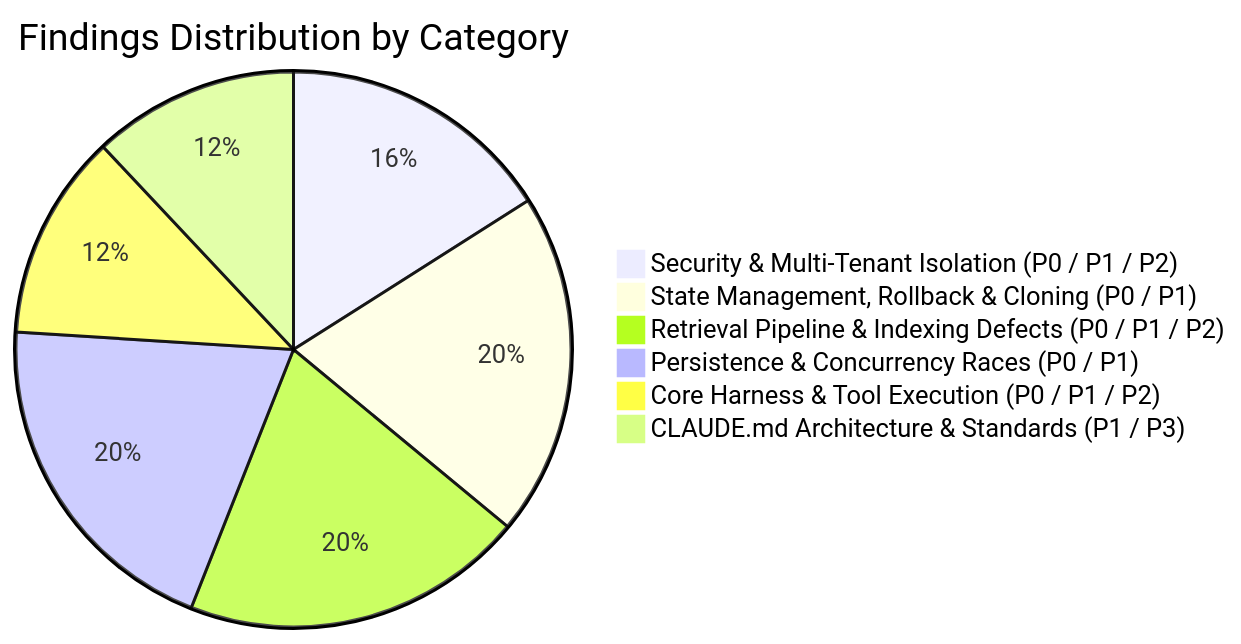
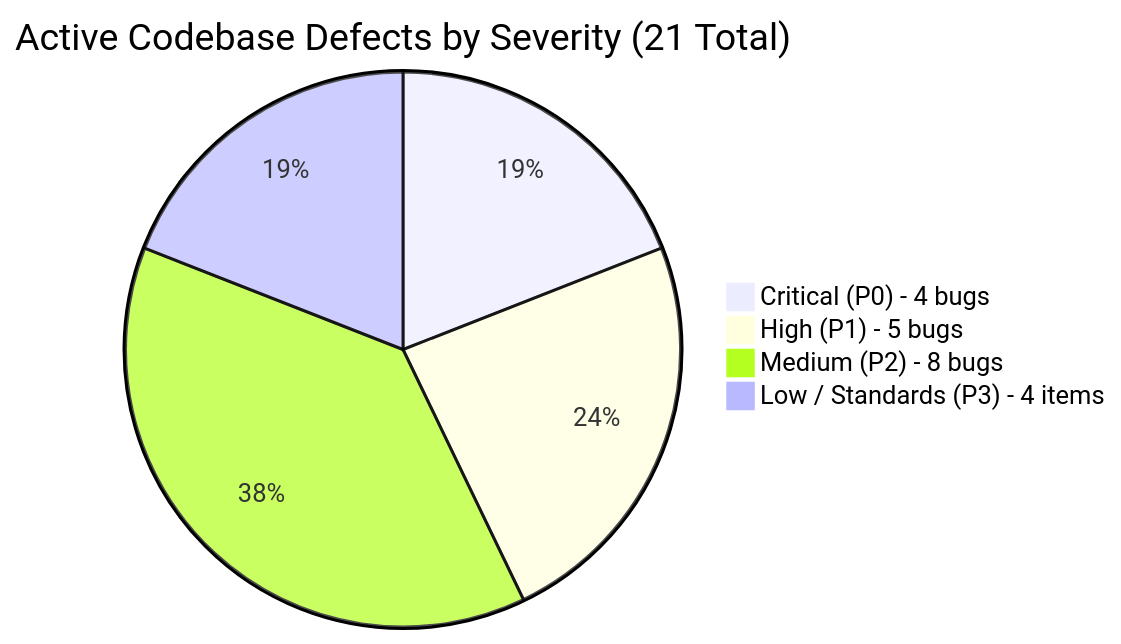
Before and after one commit to AryanSherigar/AI-DND: the diagram in docs/MEMORY_LAYER_CODEBASE_REVIEW.md, drawn with Mermaid. The commit also changed other lines of this file and 196 other files, not shown here.

````diff
--- a/docs/MEMORY_LAYER_CODEBASE_REVIEW.md
+++ b/docs/MEMORY_LAYER_CODEBASE_REVIEW.md
@@ -45,9 +42,7 @@
 ```mermaid
-pie title Findings Distribution by Category
-    "Security & Multi-Tenant Isolation (P0 / P1 / P2)" : 4
-    "State Management, Rollback & Cloning (P0 / P1)" : 5
-    "Retrieval Pipeline & Indexing Defects (P0 / P1 / P2)" : 5
-    "Persistence & Concurrency Races (P0 / P1)" : 5
-    "Core Harness & Tool Execution (P0 / P1 / P2)" : 3
-    "CLAUDE.md Architecture & Standards (P1 / P3)" : 3
+pie title Active Codebase Defects by Severity (21 Total)
+    "Critical (P0) - 4 bugs" : 4
+    "High (P1) - 5 bugs" : 5
+    "Medium (P2) - 8 bugs" : 8
+    "Low / Standards (P3) - 4 items" : 4
 ```
````
